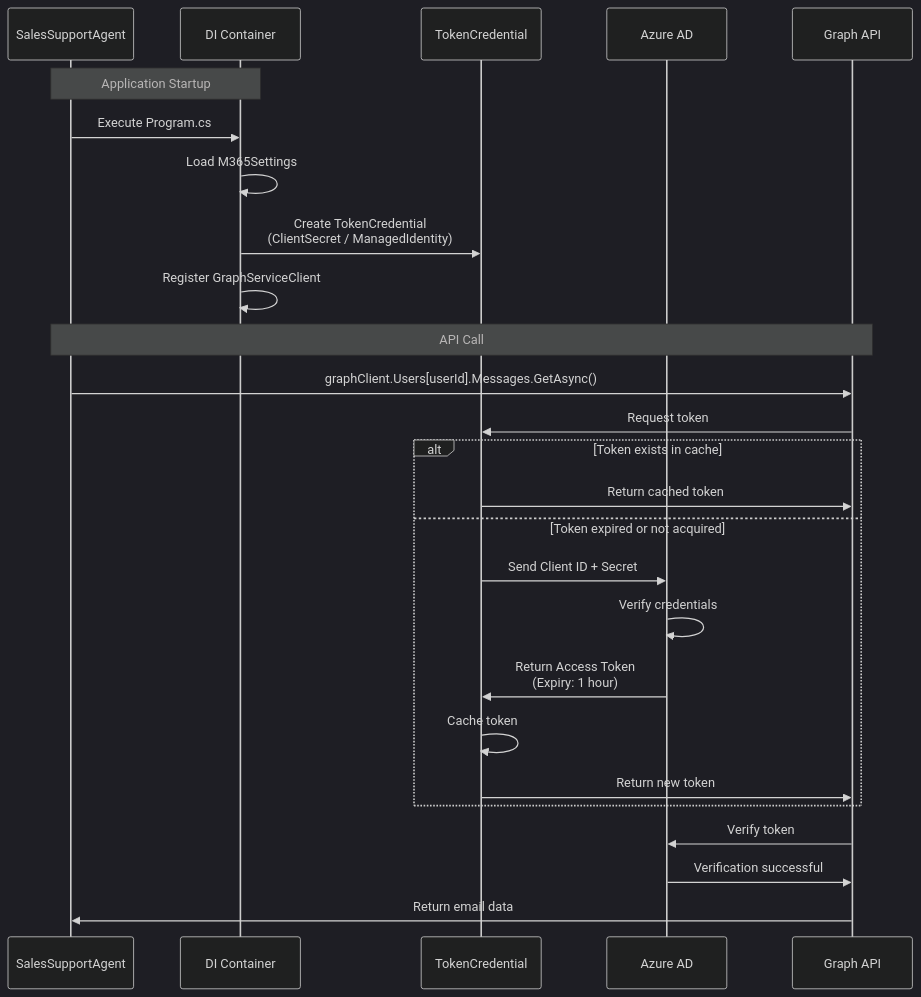
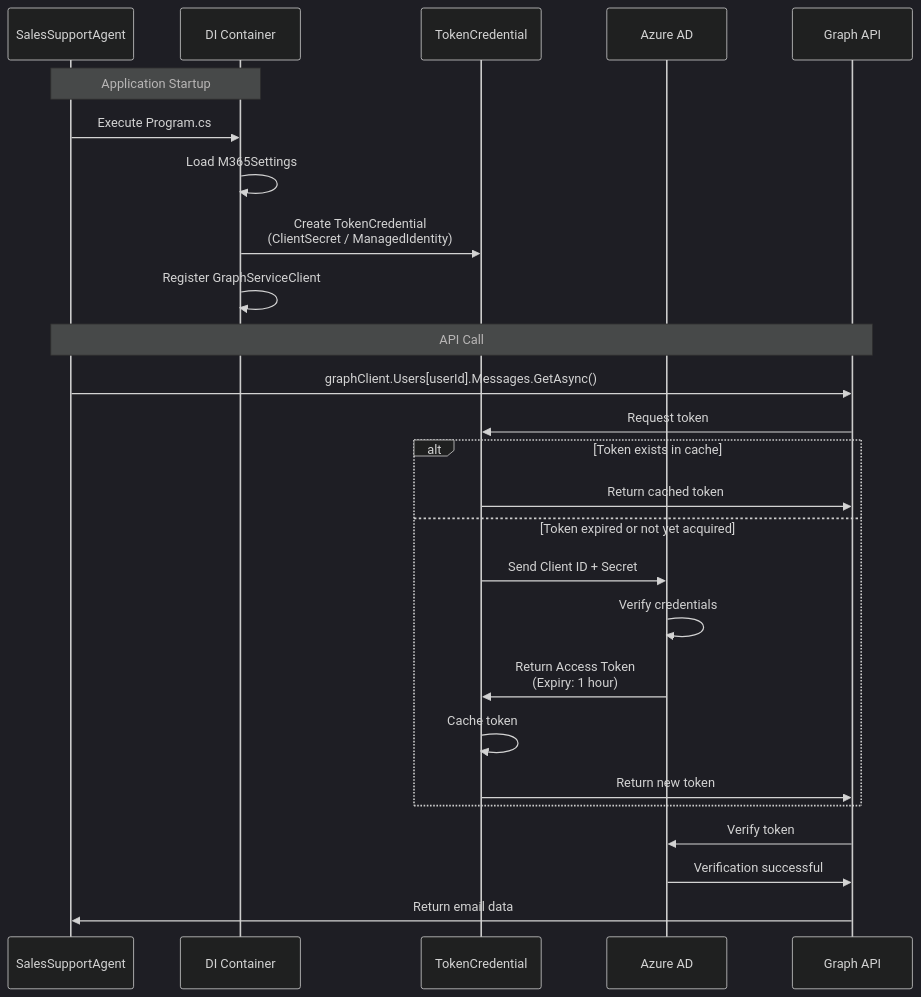
One commit to TK3214-MS/POC-Agent365SDK-TeamsAgent changed the second of 6 diagrams in docs/en/developer/03-AUTHENTICATION-FLOW.md. Above: the diagram before and after it, drawn with Mermaid (dark theme). The commit also changed other lines of this file and 13 other files, not shown here.

First line of the commit message:
Enhance auth & data flow developer docs

````diff
--- a/docs/en/developer/03-AUTHENTICATION-FLOW.md
+++ b/docs/en/developer/03-AUTHENTICATION-FLOW.md
@@ -61,32 +61,32 @@
 ```mermaid
 sequenceDiagram
     participant App as SalesSupportAgent
     participant DI as DI Container
     participant Cred as TokenCredential
     participant AAD as Azure AD
     participant Graph as Graph API
     
     Note over App,DI: Application Startup
     App->>DI: Execute Program.cs
     DI->>DI: Load M365Settings
     DI->>Cred: Create TokenCredential<br/>(ClientSecret / ManagedIdentity)
     DI->>DI: Register GraphServiceClient
     
     Note over App,Graph: API Call
     App->>Graph: graphClient.Users[userId].Messages.GetAsync()
     Graph->>Cred: Request token
     
     alt Token exists in cache
         Cred->>Graph: Return cached token
-    else Token expired or not acquired
+    else Token expired or not yet acquired
         Cred->>AAD: Send Client ID + Secret
         AAD->>AAD: Verify credentials
         AAD->>Cred: Return Access Token<br/>(Expiry: 1 hour)
         Cred->>Cred: Cache token
         Cred->>Graph: Return new token
     end
     
     Graph->>AAD: Verify token
     AAD->>Graph: Verification successful
     Graph->>App: Return email data
 ```
````
